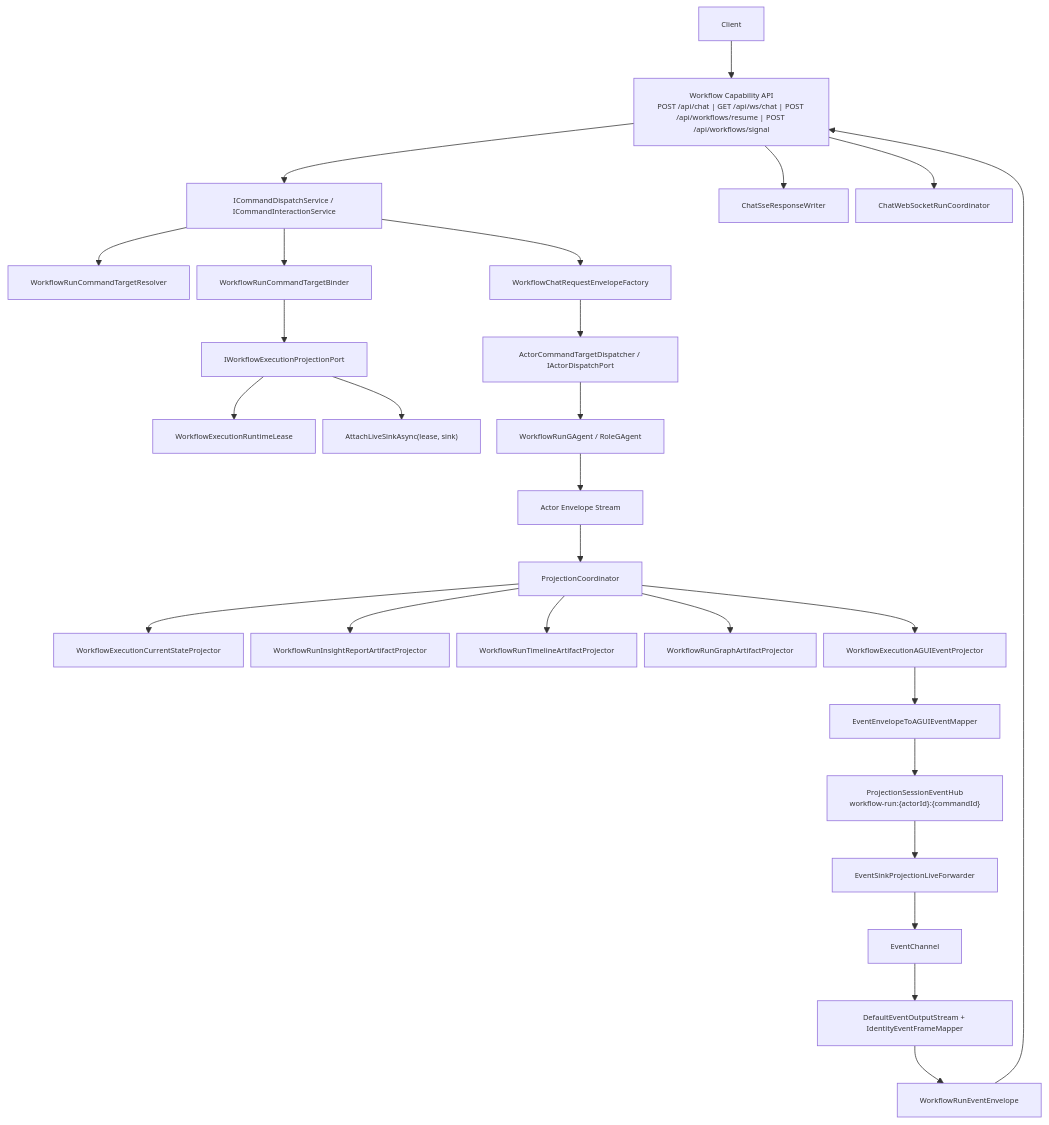
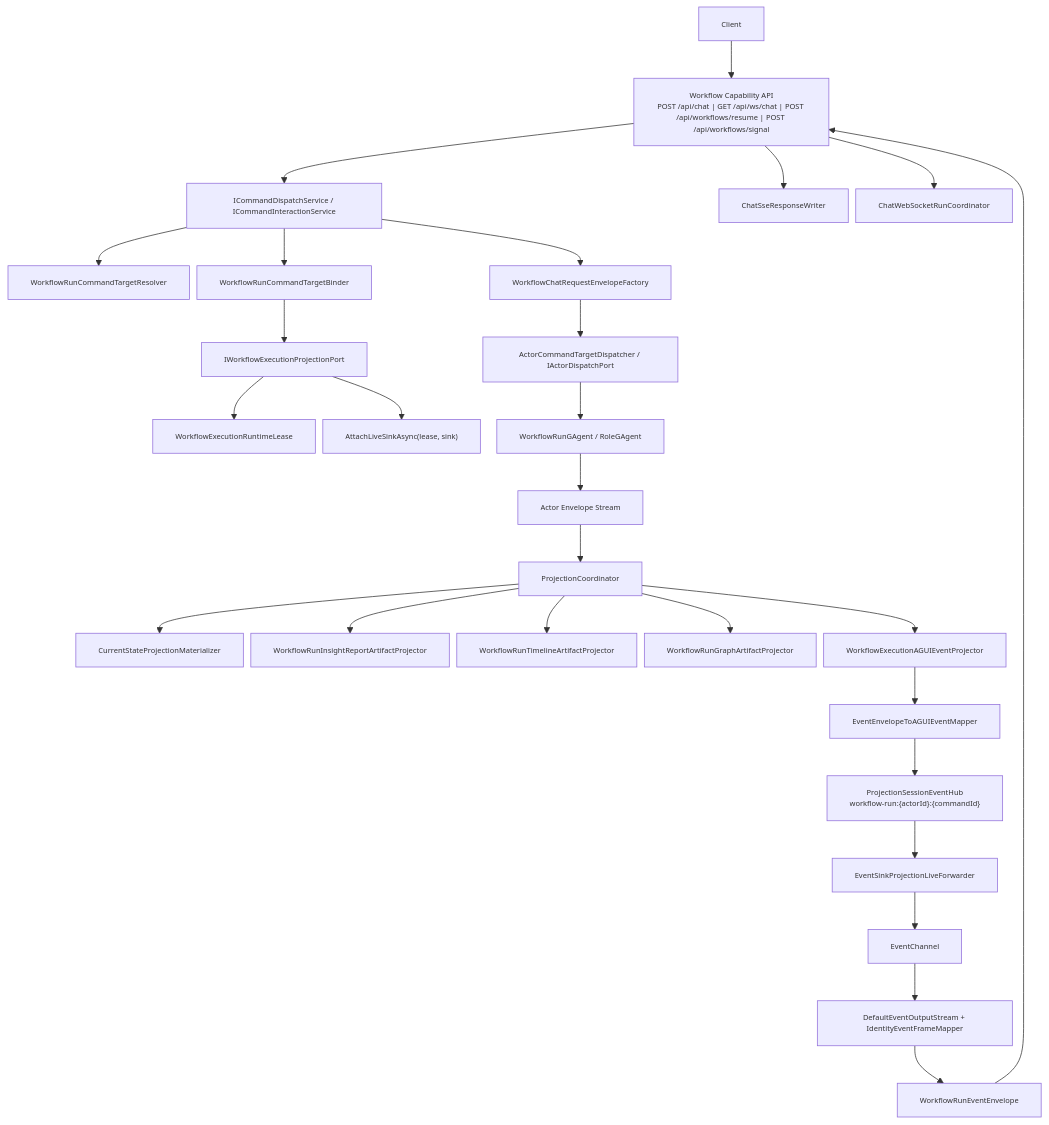
Before and after one commit to aevatarAI/aevatar: the first of 5 diagrams in docs/canon/llm-streaming.md, drawn with Mermaid. The commit also changed other lines of this file and 16 other files, not shown here.

Commit message:
Refactor current-state projection helper

````diff
--- a/docs/canon/llm-streaming.md
+++ b/docs/canon/llm-streaming.md
@@ -64,30 +64,30 @@
 ```mermaid
 %%{init: {"maxTextSize": 100000, "flowchart": {"useMaxWidth": false, "nodeSpacing": 10, "rankSpacing": 50}, "themeVariables": {"fontSize": "10px"}}}%%
 flowchart TB
     C["Client"] --> H["Workflow Capability API\nPOST /api/chat | GET /api/ws/chat | POST /api/workflows/resume | POST /api/workflows/signal"]
     H --> CMD["ICommandDispatchService / ICommandInteractionService"]
     CMD --> RES["WorkflowRunCommandTargetResolver"]
     CMD --> BND["WorkflowRunCommandTargetBinder"]
     BND --> LIF["IWorkflowExecutionProjectionPort"]
     LIF --> LEASE["WorkflowExecutionRuntimeLease"]
     LIF --> SUB["AttachLiveSinkAsync(lease, sink)"]
     CMD --> FAC["WorkflowChatRequestEnvelopeFactory"]
     FAC --> DSP["ActorCommandTargetDispatcher / IActorDispatchPort"]
     DSP --> ACT["WorkflowRunGAgent / RoleGAgent"]
     ACT --> EVT["Actor Envelope Stream"]
     EVT --> COOR["ProjectionCoordinator"]
-    COOR --> RM1["WorkflowExecutionCurrentStateProjector"]
+    COOR --> RM1["CurrentStateProjectionMaterializer"]
     COOR --> RM2["WorkflowRunInsightReportArtifactProjector"]
     COOR --> RM3["WorkflowRunTimelineArtifactProjector"]
     COOR --> RM4["WorkflowRunGraphArtifactProjector"]
     COOR --> AGP["WorkflowExecutionAGUIEventProjector"]
     AGP --> MAP["EventEnvelopeToAGUIEventMapper"]
     MAP --> HUB["ProjectionSessionEventHub\nworkflow-run:{actorId}:{commandId}"]
     HUB --> FWD["EventSinkProjectionLiveForwarder<WorkflowExecutionRuntimeLease, WorkflowRunEvent>"]
     FWD --> CH["EventChannel<WorkflowRunEvent>"]
     CH --> STR["DefaultEventOutputStream + IdentityEventFrameMapper"]
     STR --> FR["WorkflowRunEventEnvelope"]
     FR --> H
     H --> SSE["ChatSseResponseWriter"]
     H --> WS["ChatWebSocketRunCoordinator"]
 ```
````
